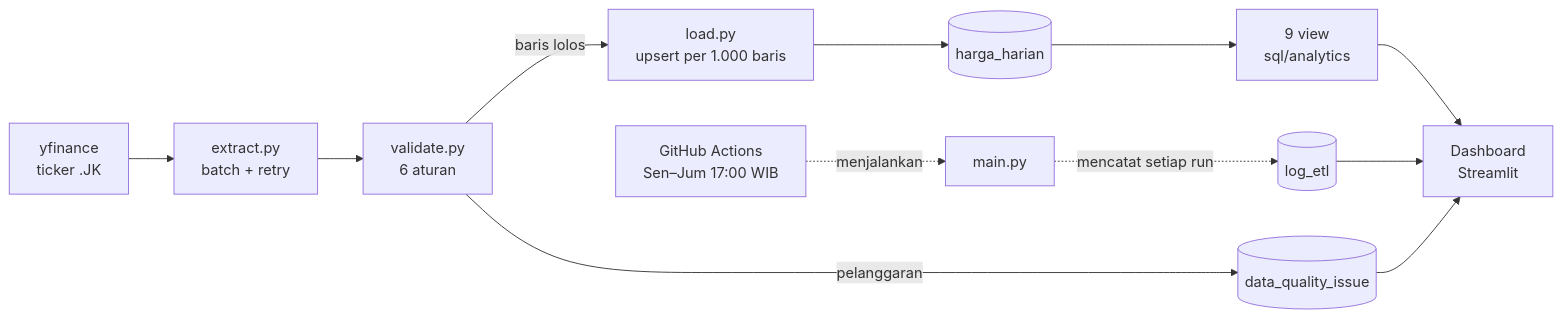
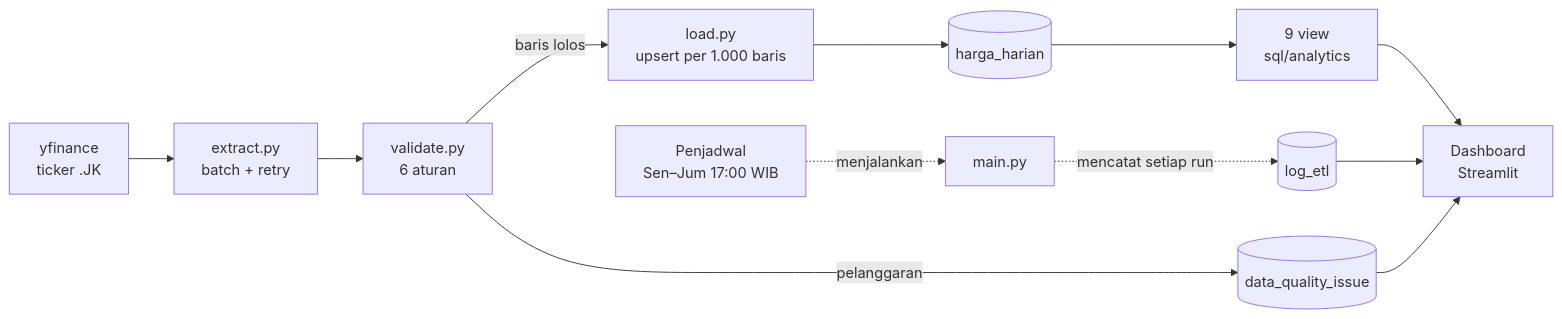
One commit to sahatsss/IDX_ETL changed the diagram in README.md. Above: the diagram before and after it, drawn with Mermaid. The commit also changed other lines of this file and 4 other files, not shown here.

````diff
--- a/README.md
+++ b/README.md
@@ -21,14 +21,14 @@
 ```mermaid
 flowchart LR
     YF[yfinance<br/>ticker .JK] --> EX[extract.py<br/>batch + retry]
     EX --> VA[validate.py<br/>6 aturan]
     VA -->|baris lolos| LO[load.py<br/>upsert per 1.000 baris]
     VA -->|pelanggaran| DQ[(data_quality_issue)]
     LO --> HH[(harga_harian)]
     MAIN[main.py] -. mencatat setiap run .-> LOG[(log_etl)]
     HH --> VW[9 view<br/>sql/analytics]
     VW --> DB[Dashboard<br/>Streamlit]
     LOG --> DB
     DQ --> DB
-    GA[GitHub Actions<br/>Sen–Jum 17:00 WIB] -. menjalankan .-> MAIN
+    GA[Penjadwal<br/>Sen–Jum 17:00 WIB] -. menjalankan .-> MAIN
 ```
````
